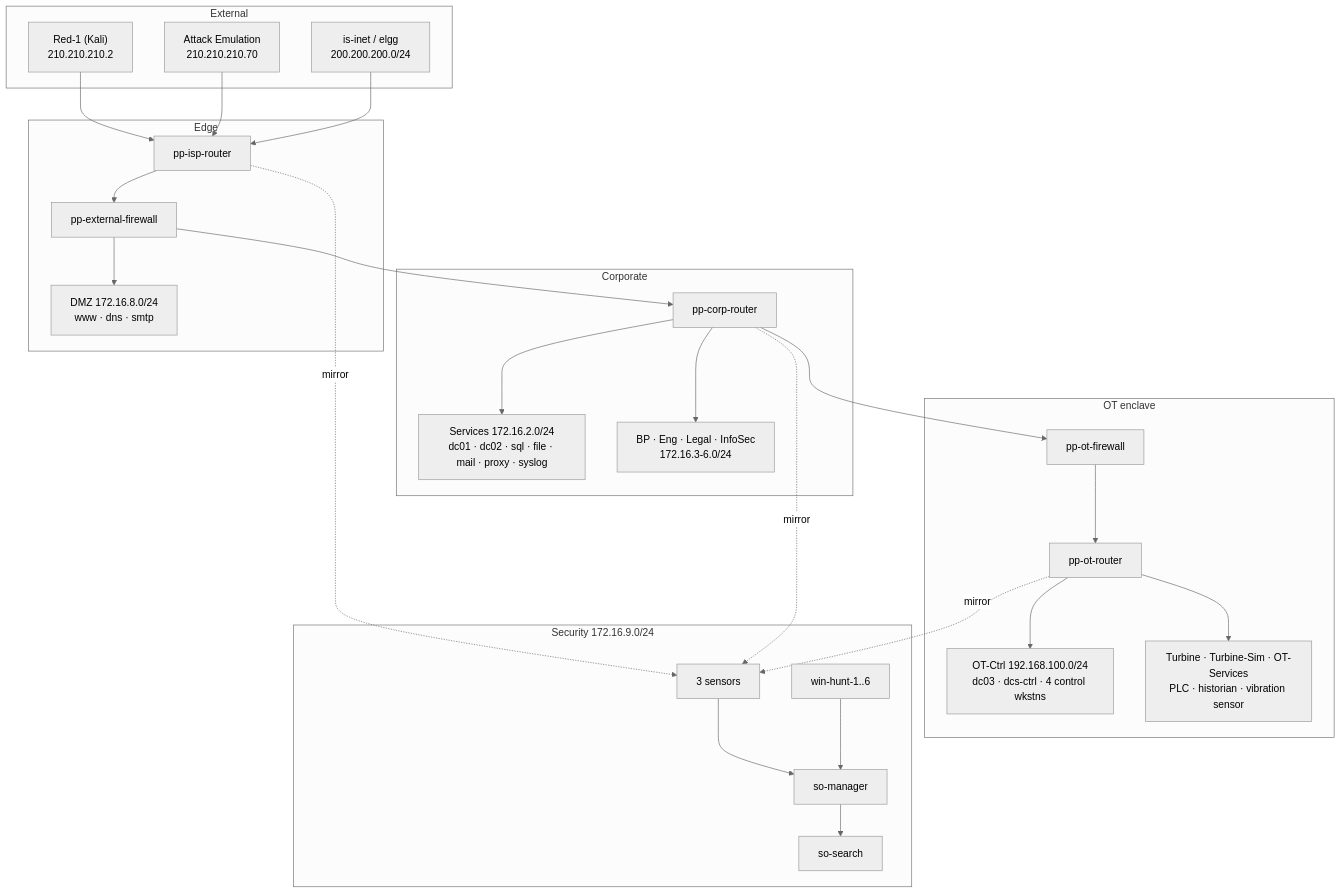
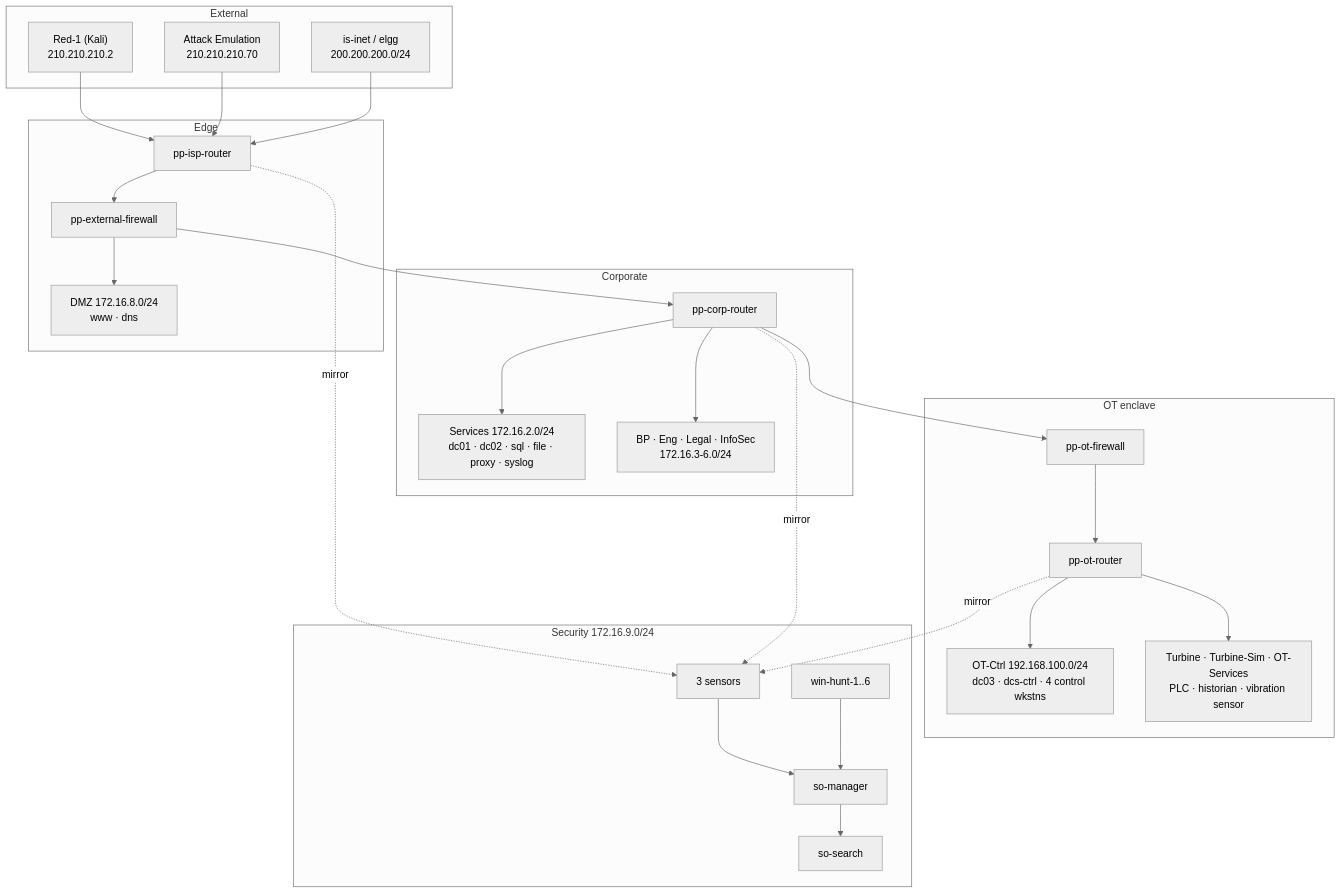
One commit to EricS-Arbitr/ss-pp-so changed the diagram in docs/RANGE_GUIDE.md. Above: the diagram before and after it, drawn with Mermaid (neutral theme). The commit also changed other lines of this file and 1 other file, not shown here.

````diff
--- a/docs/RANGE_GUIDE.md
+++ b/docs/RANGE_GUIDE.md
@@ -62,43 +62,43 @@
 ```mermaid
 graph TB
   subgraph EXT["External"]
     RED["Red-1 (Kali)<br/>210.210.210.2"]
     AE["Attack Emulation<br/>210.210.210.70"]
     INET["is-inet / elgg<br/>200.200.200.0/24"]
   end
   subgraph EDGE["Edge"]
     ISPR["pp-isp-router"]
     EXTFW["pp-external-firewall"]
-    DMZ["DMZ 172.16.8.0/24<br/>www · dns · smtp"]
+    DMZ["DMZ 172.16.8.0/24<br/>www · dns"]
   end
   subgraph CORP["Corporate"]
     CORPR["pp-corp-router"]
-    SVC["Services 172.16.2.0/24<br/>dc01 · dc02 · sql · file · mail · proxy · syslog"]
+    SVC["Services 172.16.2.0/24<br/>dc01 · dc02 · sql · file · proxy · syslog"]
     DEPT["BP · Eng · Legal · InfoSec<br/>172.16.3-6.0/24"]
   end
   subgraph OT["OT enclave"]
     OTFW["pp-ot-firewall"]
     OTR["pp-ot-router"]
     OTC["OT-Ctrl 192.168.100.0/24<br/>dc03 · dcs-ctrl · 4 control wkstns"]
     PLANT["Turbine · Turbine-Sim · OT-Services<br/>PLC · historian · vibration sensor"]
   end
   subgraph SEC["Security 172.16.9.0/24"]
     SOM["so-manager"]
     SOS["so-search"]
     SEN["3 sensors"]
     HUNT["win-hunt-1..6"]
   end
   RED --> ISPR
   AE --> ISPR
   INET --> ISPR
   ISPR --> EXTFW --> DMZ
   EXTFW --> CORPR --> SVC
   CORPR --> DEPT
   CORPR --> OTFW --> OTR --> OTC
   OTR --> PLANT
   ISPR -.mirror.-> SEN
   CORPR -.mirror.-> SEN
   OTR -.mirror.-> SEN
   SEN --> SOM --> SOS
   HUNT --> SOM
 ```
````
